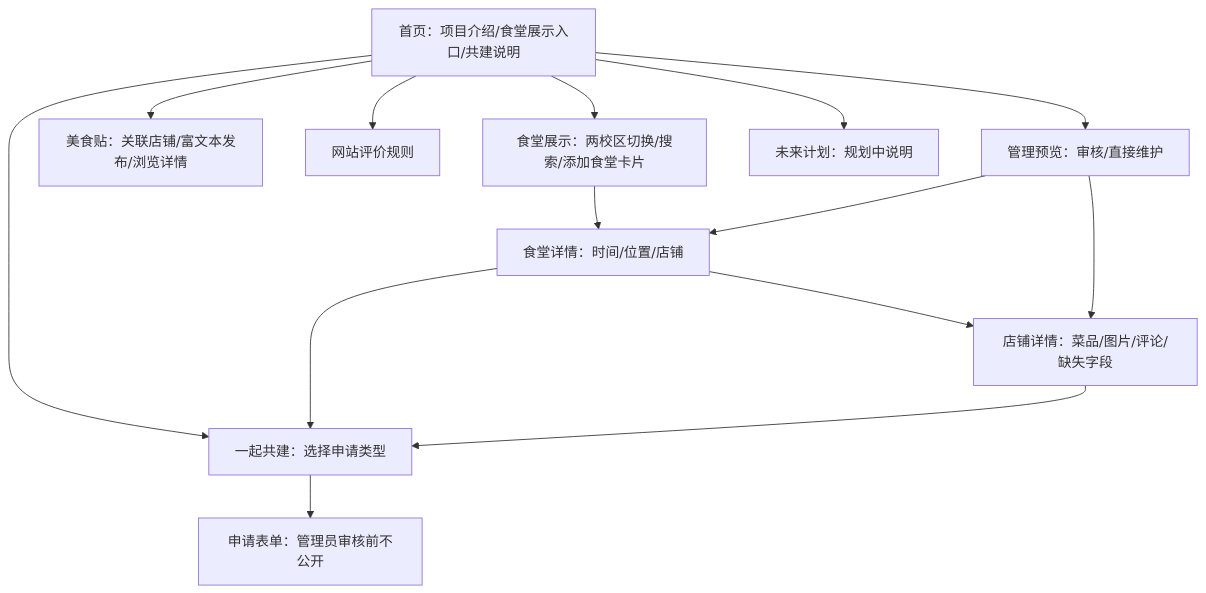
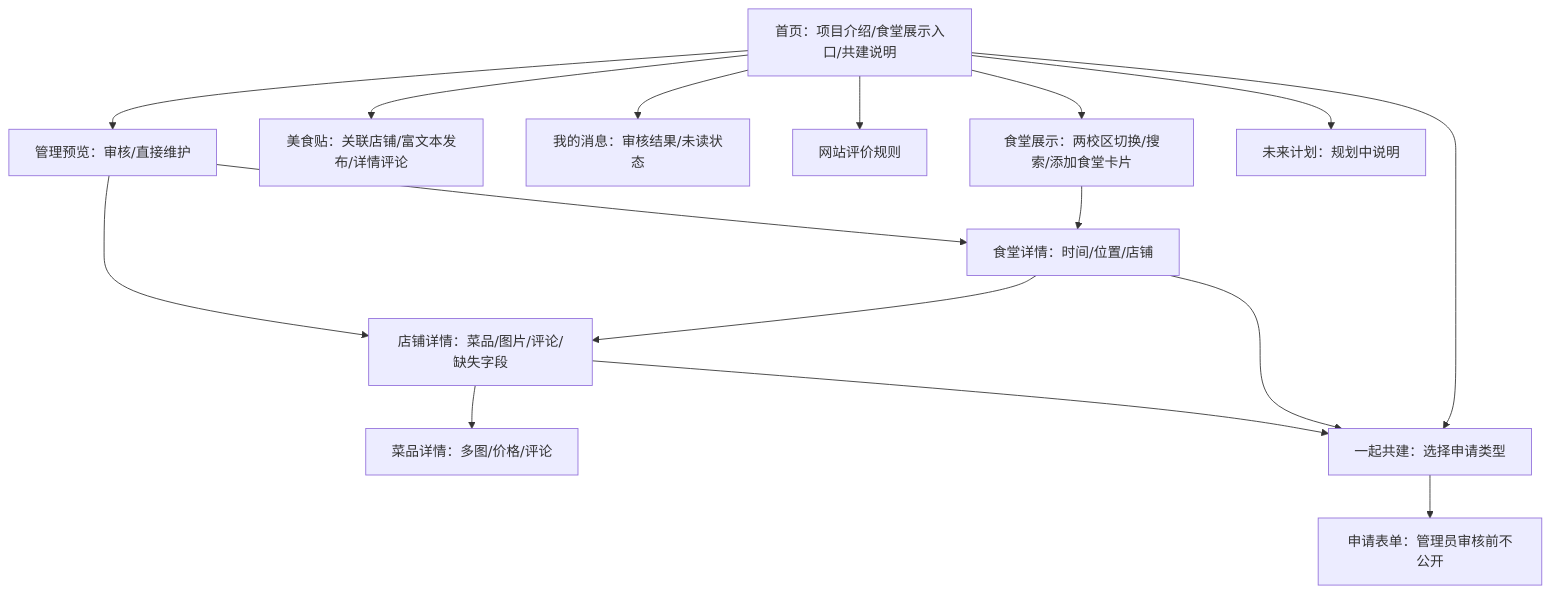
Before and after one commit to Danouga/campus-canteen-review: the diagram in docs/06-MVP界面规划.md, drawn with Mermaid. The commit also changed other lines of this file and 9 other files, not shown here.

````diff
--- a/docs/06-MVP界面规划.md
+++ b/docs/06-MVP界面规划.md
@@ -19,16 +19,18 @@
 ```mermaid
 flowchart TD
   A[首页：项目介绍/食堂展示入口/共建说明] --> H[食堂展示：两校区切换/搜索/添加食堂卡片]
   H --> B[食堂详情：时间/位置/店铺]
   B --> C[店铺详情：菜品/图片/评论/缺失字段]
+  C --> I[菜品详情：多图/价格/评论]
   A --> D[一起共建：选择申请类型]
-  A --> P[美食贴：关联店铺/富文本发布/浏览详情]
+  A --> P[美食贴：关联店铺/富文本发布/详情评论]
+  A --> M[我的消息：审核结果/未读状态]
   A --> R[网站评价规则]
   B --> D
   C --> D
   D --> E[申请表单：管理员审核前不公开]
   A --> F[管理预览：审核/直接维护]
   F --> B
   F --> C
   A --> G[未来计划：规划中说明]
 ```
````
